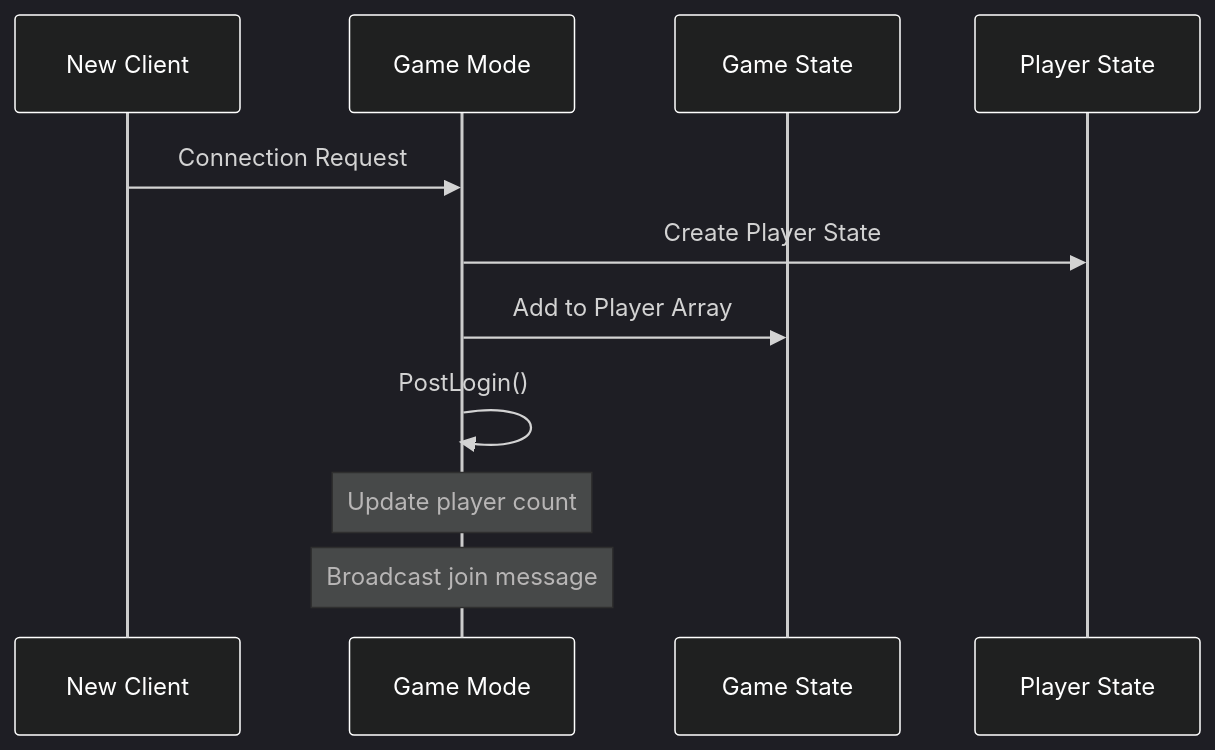
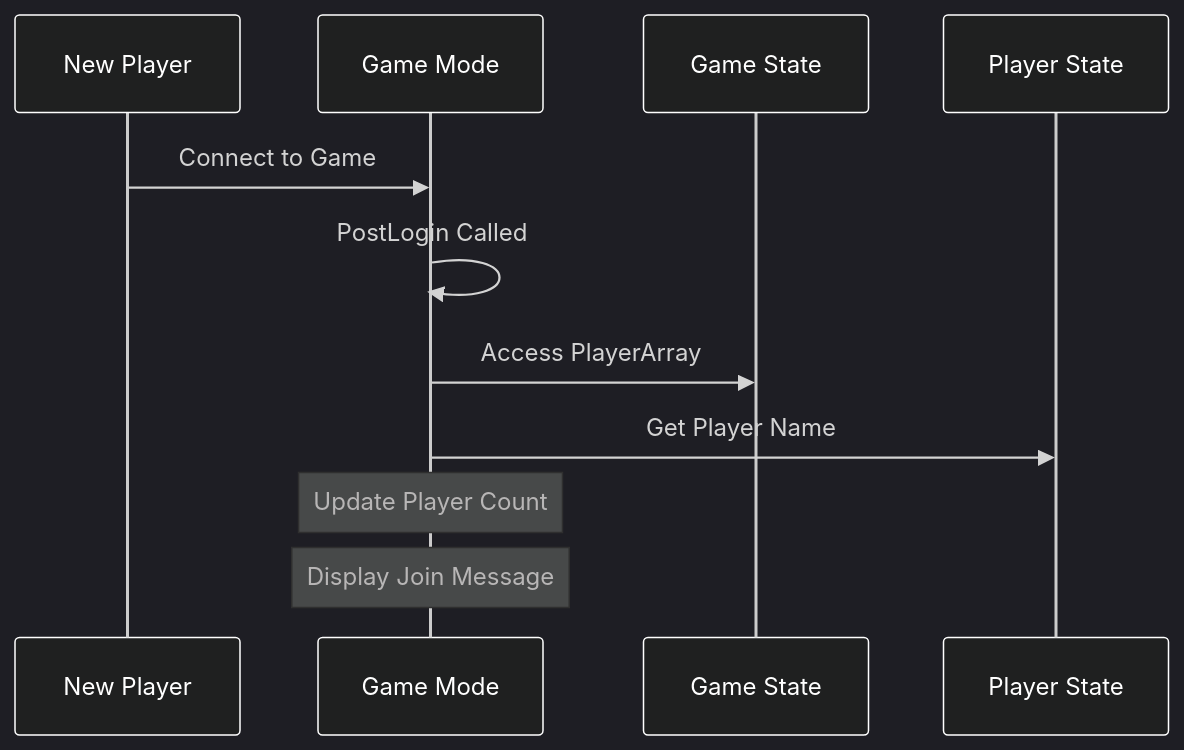
Before and after one commit to NovemberFalls/MP_SU_Shooter: the second of 3 diagrams in Section 2/21. Tracking Incoming Players.md, drawn with Mermaid. The commit also changed other lines of this file, not shown here.

````diff
--- a/Section 2/21. Tracking Incoming Players.md
+++ b/Section 2/21. Tracking Incoming Players.md
@@ -48,15 +49,15 @@
 ```mermaid
 %%{init: {'theme':'dark', 'themeVariables': {'actorTextColor': '#ffffff', 'actorBorder': '#ffffff'}}}%%
 sequenceDiagram
-    participant Client as New Client
+    participant Player as New Player
     participant GM as Game Mode
     participant GS as Game State
     participant PS as Player State
     
-    Client->>GM: Connection Request
-    GM->>PS: Create Player State
-    GM->>GS: Add to Player Array
-    GM->>GM: PostLogin()
-    Note over GM: Update player count
-    Note over GM: Broadcast join message
+    Player->>GM: Connect to Game
+    GM->>GM: PostLogin Called
+    GM->>GS: Access PlayerArray
+    GM->>PS: Get Player Name
+    Note over GM: Update Player Count
+    Note over GM: Display Join Message
 ```
````
